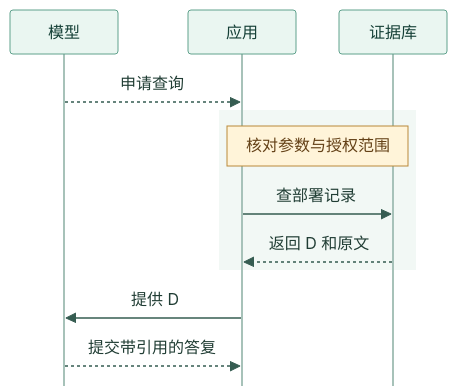
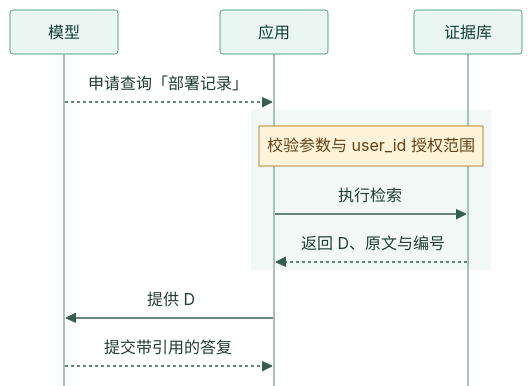
One commit to wenmo-yu/careerlens changed the diagram in tutorials/00-foundations/00-2-提示词与证据.md. Above: the diagram before and after it, drawn with Mermaid. The commit also changed other lines of this file and 26 other files, not shown here.

````diff
--- a/tutorials/00-foundations/00-2-提示词与证据.md
+++ b/tutorials/00-foundations/00-2-提示词与证据.md
@@ -43,17 +49,17 @@
 ```mermaid
 %%{init: {"theme":"base","themeVariables":{"fontFamily":"system-ui, sans-serif","fontSize":"14px","actorBkg":"#eaf6f1","actorBorder":"#60a28d","actorTextColor":"#143f36","actorLineColor":"#a7c2b9","signalColor":"#355c51","signalTextColor":"#203d34","noteBkgColor":"#fff4d9","noteBorderColor":"#ba893b","noteTextColor":"#644117"},"sequence":{"width":108,"height":44,"actorMargin":30,"messageMargin":20,"boxMargin":8,"mirrorActors":false}}}%%
 sequenceDiagram
     accTitle: 查询建议怎样变成实际工具动作
-    accDescr: 模型向应用提出查询。应用校验后调用证据库，再把工具返回的原文交给模型。
+    accDescr: 模型提出查询，应用校验参数与用户范围后调用证据库，再把原文交回模型。
     participant M as 模型
     participant A as 应用
     participant S as 证据库
-    M-->>A: 申请查询
+    M-->>A: 申请查询「部署记录」
     rect rgb(242,248,245)
-    Note over A,S: 核对参数与授权范围
-    A->>S: 查部署记录
-    S-->>A: 返回 D 和原文
+    Note over A,S: 校验参数与 user_id 授权范围
+    A->>S: 执行检索
+    S-->>A: 返回 D、原文与编号
     end
     A->>M: 提供 D
     M-->>A: 提交带引用的答复
 ```
````
